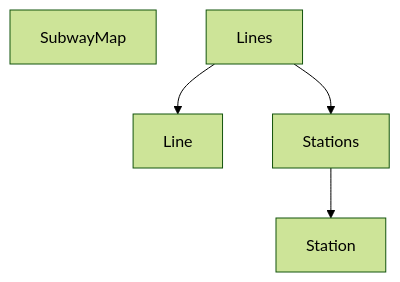
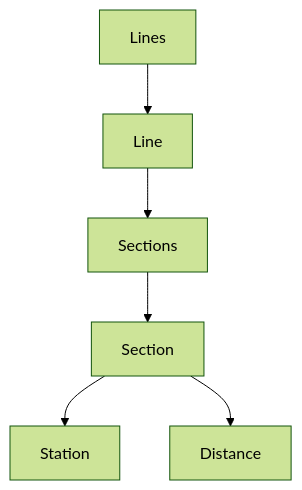
Before and after one commit to woowacourse/jwp-subway-path: the diagram in README.md, drawn with Mermaid (forest theme).

Commit message:
docs(README): 도메인 객체 설계 수정

````diff
--- a/README.md
+++ b/README.md
@@ -23,8 +23,8 @@
 ```mermaid
 graph TD
-    SubwayMap
-    
-    Lines --> Line
-    Lines --> Stations
-    Stations --> Station
+Lines --> Line
+Line --> Sections
+Sections --> Section
+Section --> Station
+Section --> Distance
 ```
````
